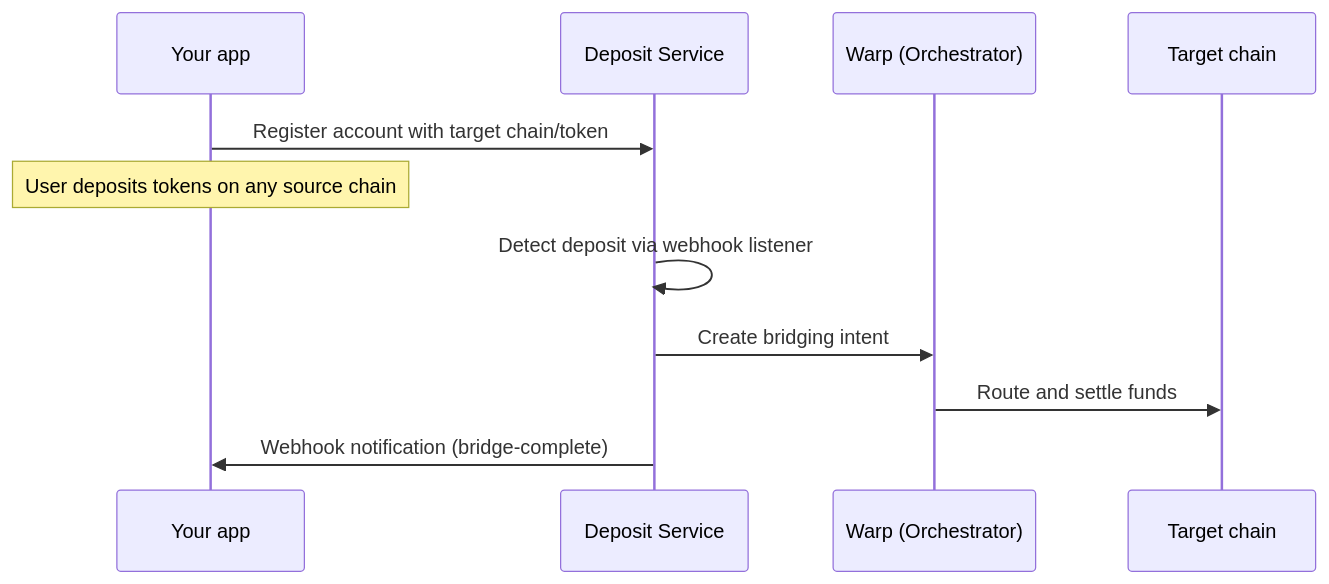
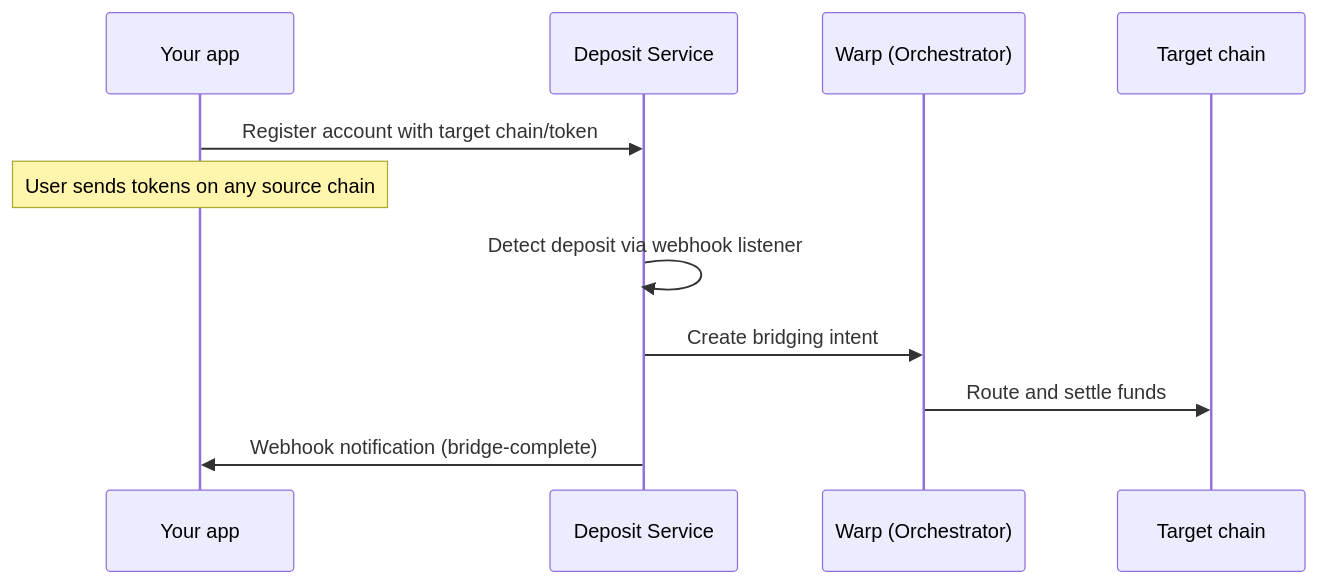
The diagram in deposits/overview.mdx (rhinestonewtf/docs), drawn with Mermaid before and after one commit. The commit also changed other lines of this file, not shown here.

````diff
--- a/deposits/overview.mdx
+++ b/deposits/overview.mdx
@@ -41,14 +41,14 @@
 ```mermaid actions={false}
 sequenceDiagram
     participant App as Your app
     participant DS as Deposit Service
     participant Warp as Warp (Orchestrator)
     participant Dest as Target chain
 
     App->>DS: Register account with target chain/token
-    Note over App: User deposits tokens on any source chain
+    Note over App: User sends tokens on any source chain
     DS->>DS: Detect deposit via webhook listener
     DS->>Warp: Create bridging intent
     Warp->>Dest: Route and settle funds
     DS->>App: Webhook notification (bridge-complete)
 ```
````
